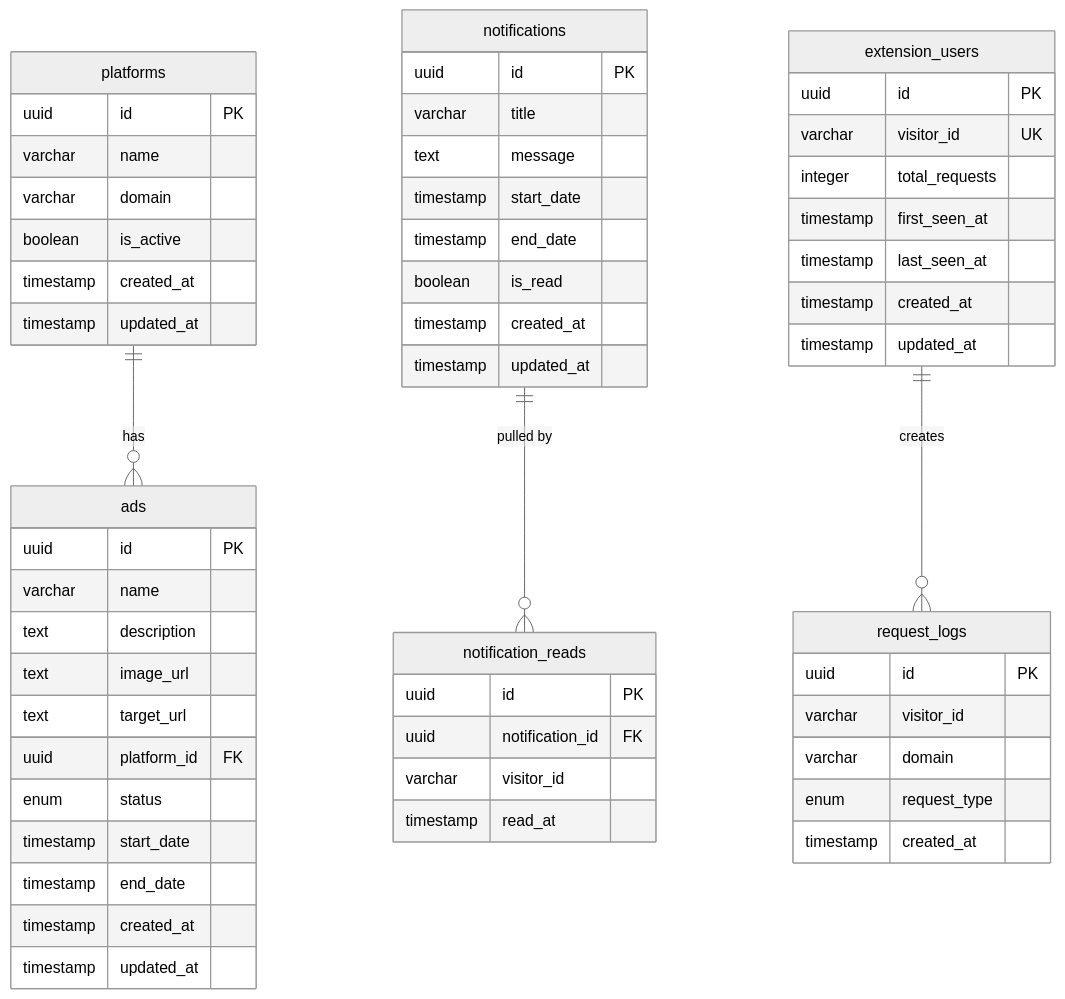
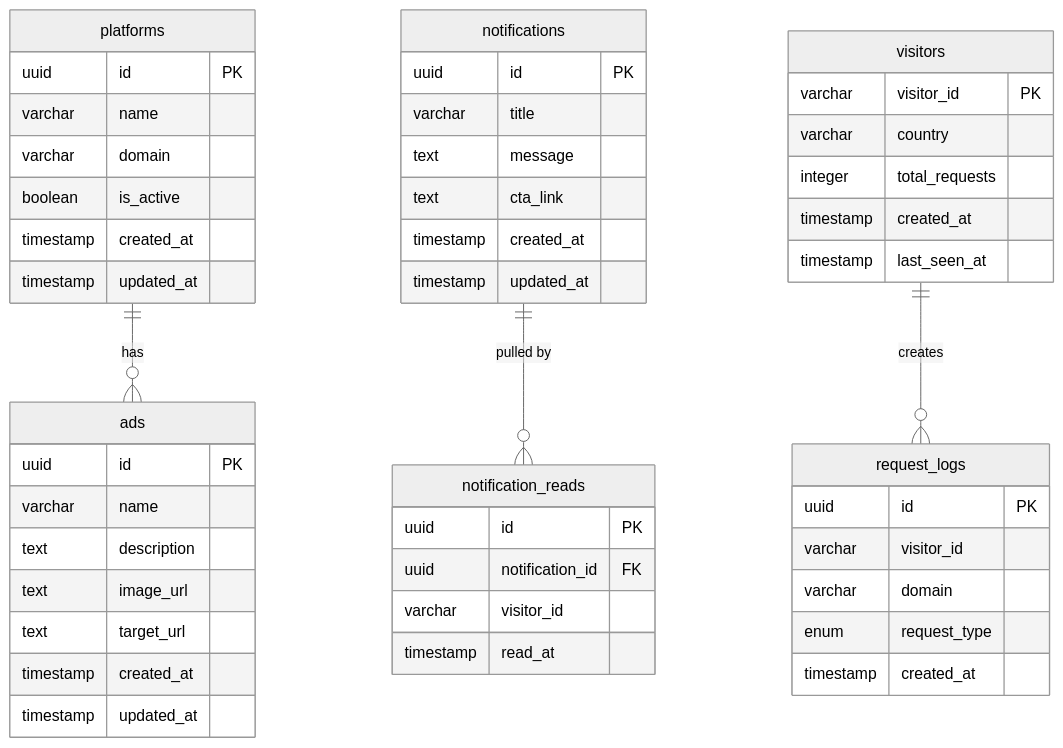
One commit to rishi23root/ads_platform changed the diagram in docs/DATABASE.md. Above: the diagram before and after it, drawn with Mermaid (neutral theme). The commit also changed other lines of this file and 83 other files, not shown here.

````diff
--- a/docs/DATABASE.md
+++ b/docs/DATABASE.md
@@ -9,65 +9,57 @@
 ```mermaid
 erDiagram
     platforms ||--o{ ads : "has"
     notifications ||--o{ notification_reads : "pulled by"
-    extension_users ||--o{ request_logs : "creates"
+    visitors ||--o{ request_logs : "creates"
     
     platforms {
         uuid id PK
         varchar name
         varchar domain
         boolean is_active
         timestamp created_at
         timestamp updated_at
     }
     
     ads {
         uuid id PK
         varchar name
         text description
         text image_url
         text target_url
-        uuid platform_id FK
-        enum status
-        timestamp start_date
-        timestamp end_date
         timestamp created_at
         timestamp updated_at
     }
     
     notifications {
         uuid id PK
         varchar title
         text message
-        timestamp start_date
-        timestamp end_date
-        boolean is_read
+        text cta_link
         timestamp created_at
         timestamp updated_at
     }
     
     notification_reads {
         uuid id PK
         uuid notification_id FK
         varchar visitor_id
         timestamp read_at
     }
     
-    extension_users {
-        uuid id PK
-        varchar visitor_id UK
+    visitors {
+        varchar visitor_id PK
+        varchar country
         integer total_requests
-        timestamp first_seen_at
+        timestamp created_at
         timestamp last_seen_at
-        timestamp created_at
-        timestamp updated_at
     }
     
     request_logs {
         uuid id PK
         varchar visitor_id
         varchar domain
         enum request_type
         timestamp created_at
     }
 ```
````
